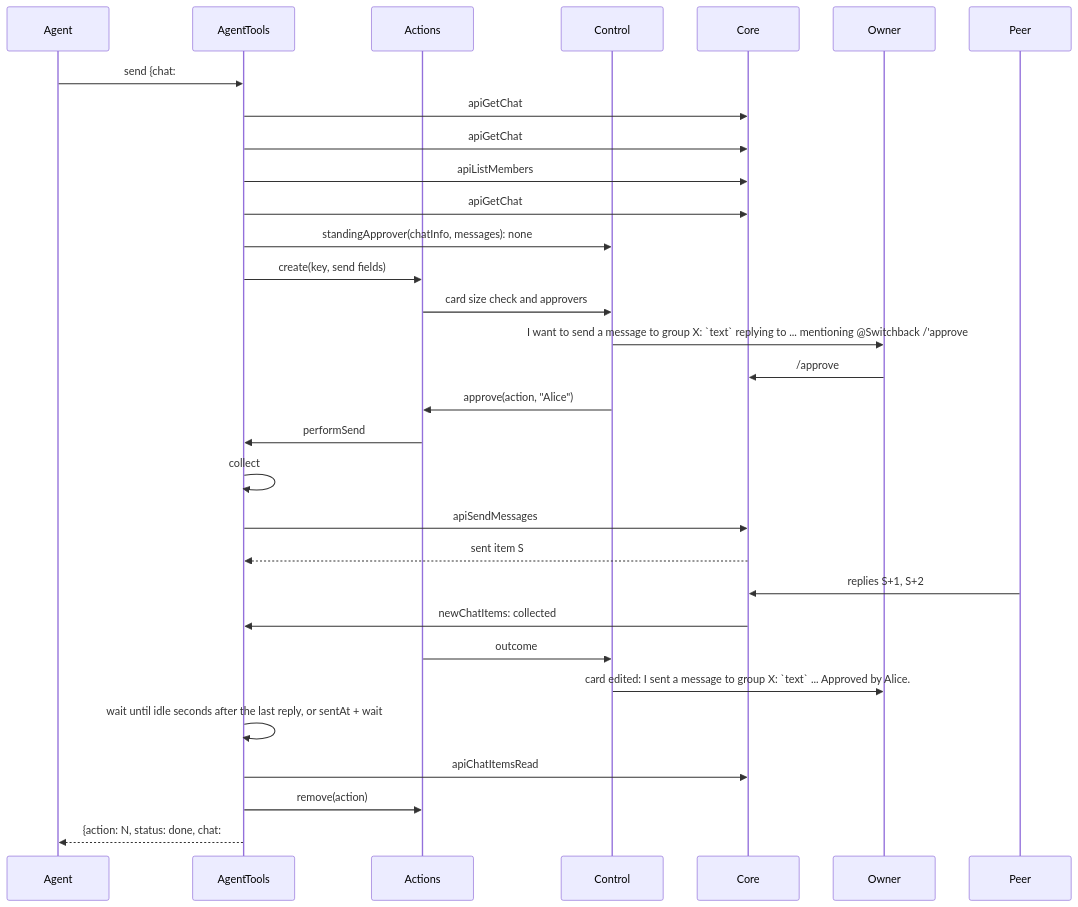
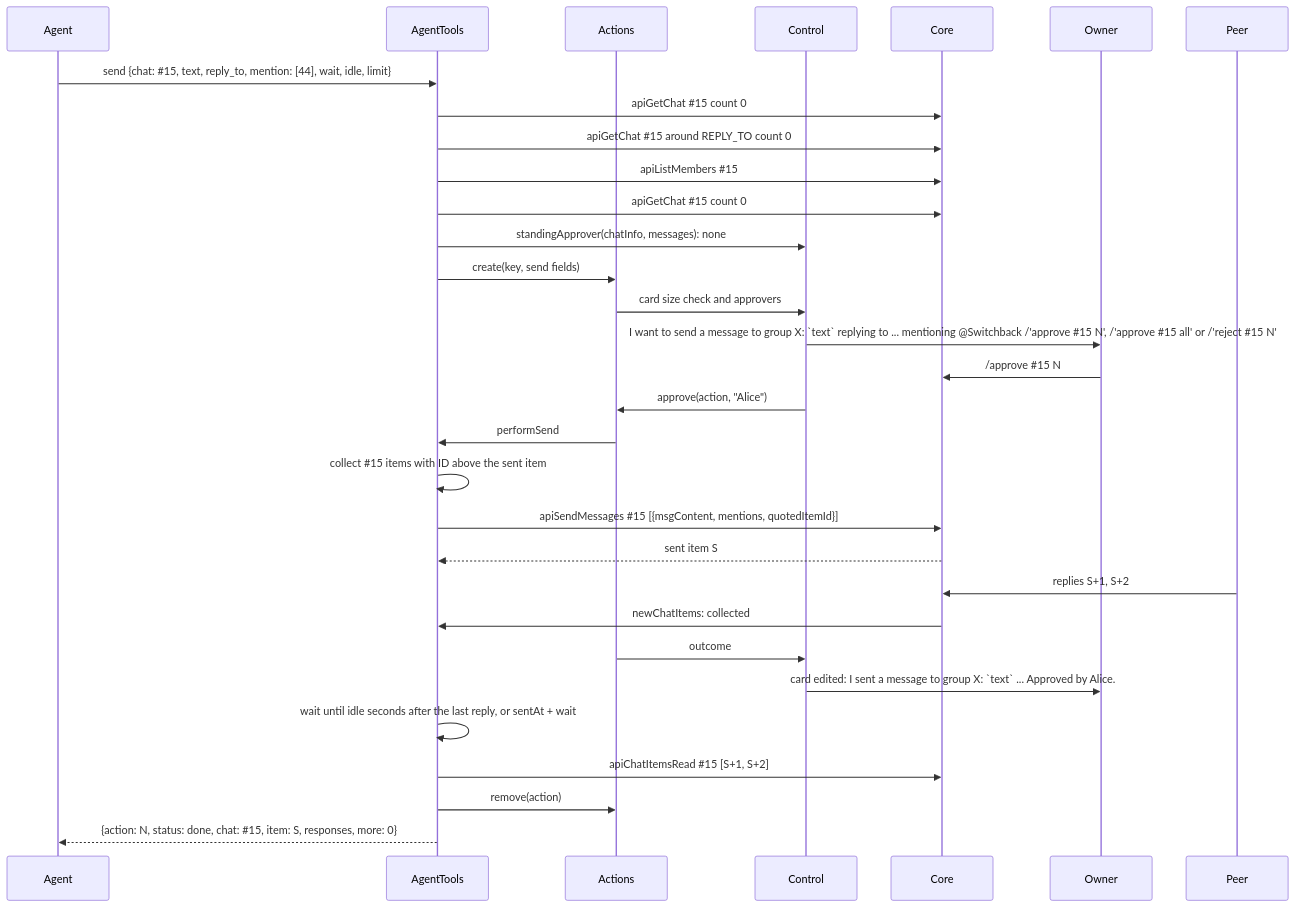
The fourth of 30 diagrams in packages/simplex-chat-mcp/spec/flows.md (simplex-chat/simplex-chat), drawn with Mermaid before and after one commit. The commit also changed other lines of this file and 1 other file, not shown here.

First line of the commit message:
mcp: spec diagrams render whole on GitHub

````diff
--- a/packages/simplex-chat-mcp/spec/flows.md
+++ b/packages/simplex-chat-mcp/spec/flows.md
@@ -226,33 +226,33 @@
 ```mermaid
 sequenceDiagram
   participant A as Agent
   participant T as AgentTools
   participant X as Actions
   participant K as Control
   participant C as Core
   participant O as Owner
   participant D as Peer
-  A->>T: send {chat: #15, text, reply_to, mention: [44], wait, idle, limit}
-  T->>C: apiGetChat #15 count 0
-  T->>C: apiGetChat #15 around REPLY_TO count 0
-  T->>C: apiListMembers #15
-  T->>C: apiGetChat #15 count 0
+  A->>T: send {chat: #35;15, text, reply_to, mention: [44], wait, idle, limit}
+  T->>C: apiGetChat #35;15 count 0
+  T->>C: apiGetChat #35;15 around REPLY_TO count 0
+  T->>C: apiListMembers #35;15
+  T->>C: apiGetChat #35;15 count 0
   T->>K: standingApprover(chatInfo, messages): none
   T->>X: create(key, send fields)
   X->>K: card size check and approvers
-  K->>O: I want to send a message to group X: `text` replying to ... mentioning @Switchback /'approve #15 N', /'approve #15 all' or /'reject #15 N'
-  O->>C: /approve #15 N
+  K->>O: I want to send a message to group X: `text` replying to ... mentioning @Switchback /'approve #35;15 N', /'approve #35;15 all' or /'reject #35;15 N'
+  O->>C: /approve #35;15 N
   K->>X: approve(action, "Alice")
   X->>T: performSend
-  T->>T: collect #15 items with ID above the sent item
-  T->>C: apiSendMessages #15 [{msgContent, mentions, quotedItemId}]
+  T->>T: collect #35;15 items with ID above the sent item
+  T->>C: apiSendMessages #35;15 [{msgContent, mentions, quotedItemId}]
   C-->>T: sent item S
   D->>C: replies S+1, S+2
   C->>T: newChatItems: collected
   X->>K: outcome
   K->>O: card edited: I sent a message to group X: `text` ... Approved by Alice.
   T->>T: wait until idle seconds after the last reply, or sentAt + wait
-  T->>C: apiChatItemsRead #15 [S+1, S+2]
+  T->>C: apiChatItemsRead #35;15 [S+1, S+2]
   T->>X: remove(action)
-  T-->>A: {action: N, status: done, chat: #15, item: S, responses, more: 0}
+  T-->>A: {action: N, status: done, chat: #35;15, item: S, responses, more: 0}
 ```
````
